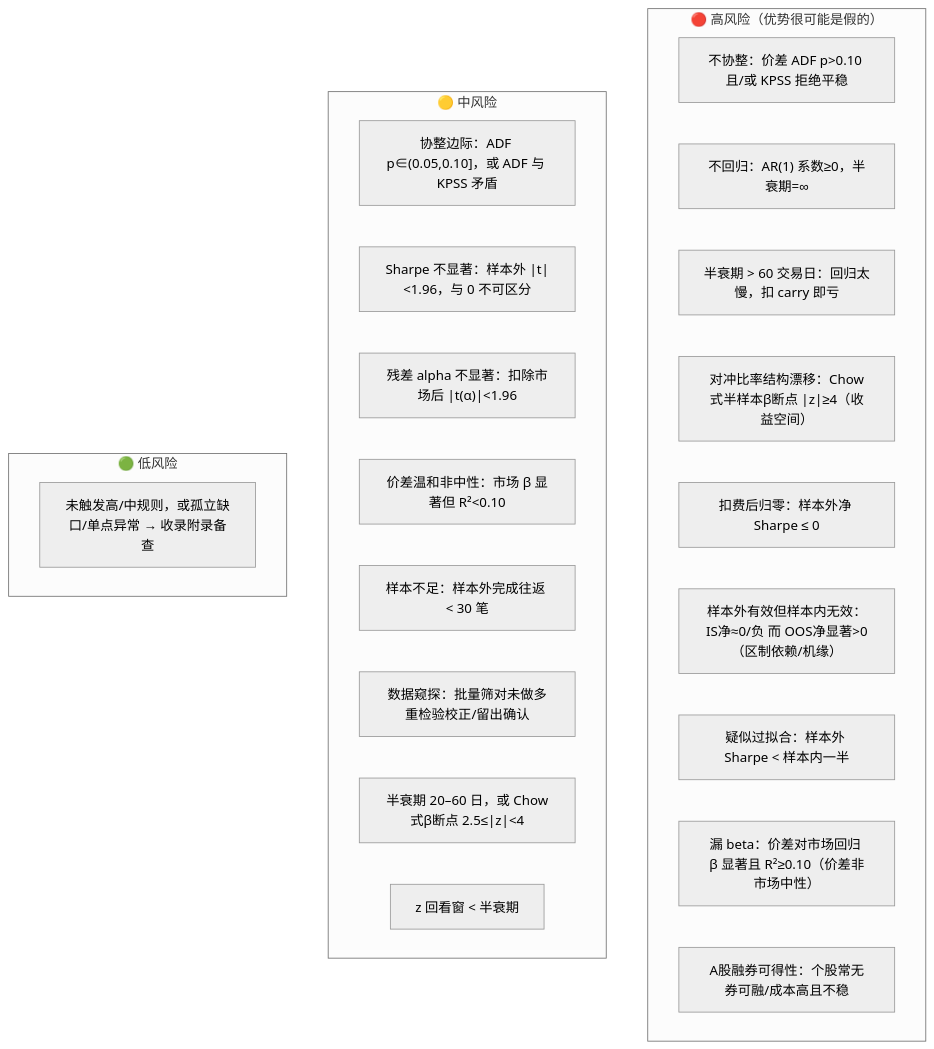
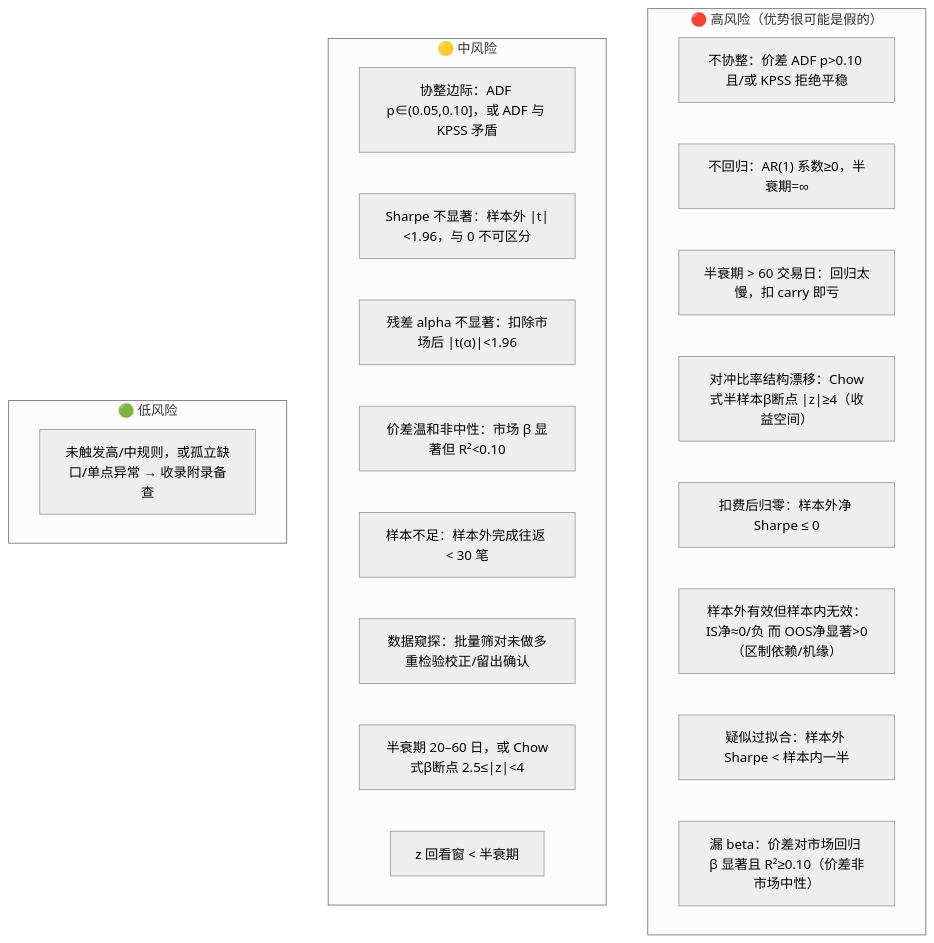
One commit to fitnesses/skill-statistical-arbitrage-time-series changed the second of 2 diagrams in agents/README.md. Above: the diagram before and after it, drawn with Mermaid (neutral theme). The commit also changed other lines of this file and 10 other files, not shown here.

````diff
--- a/agents/README.md
+++ b/agents/README.md
@@ -66,27 +66,26 @@
 ```mermaid
 flowchart TD
     subgraph HIGH["🔴 高风险（优势很可能是假的）"]
         H1["不协整：价差 ADF p>0.10 且/或 KPSS 拒绝平稳"]
         H2["不回归：AR(1) 系数≥0，半衰期=∞"]
         H3["半衰期 > 60 交易日：回归太慢，扣 carry 即亏"]
         H4["对冲比率结构漂移：Chow式半样本β断点 |z|≥4（收益空间）"]
         H5["扣费后归零：样本外净 Sharpe ≤ 0"]
         H6["样本外有效但样本内无效：IS净≈0/负 而 OOS净显著>0（区制依赖/机缘）"]
         H7["疑似过拟合：样本外 Sharpe < 样本内一半"]
         H8["漏 beta：价差对市场回归 β 显著且 R²≥0.10（价差非市场中性）"]
-        H9["A股融券可得性：个股常无券可融/成本高且不稳"]
     end
     subgraph MID["🟡 中风险"]
         M1["协整边际：ADF p∈(0.05,0.10]，或 ADF 与 KPSS 矛盾"]
         M2["Sharpe 不显著：样本外 |t|<1.96，与 0 不可区分"]
         M3["残差 alpha 不显著：扣除市场后 |t(α)|<1.96"]
         M4["价差温和非中性：市场 β 显著但 R²<0.10"]
         M5["样本不足：样本外完成往返 < 30 笔"]
         M6["数据窥探：批量筛对未做多重检验校正/留出确认"]
         M7["半衰期 20–60 日，或 Chow式β断点 2.5≤|z|<4"]
         M8["z 回看窗 < 半衰期"]
     end
     subgraph LOW["🟢 低风险"]
         L1["未触发高/中规则，或孤立缺口/单点异常 → 收录附录备查"]
     end
 ```
````
